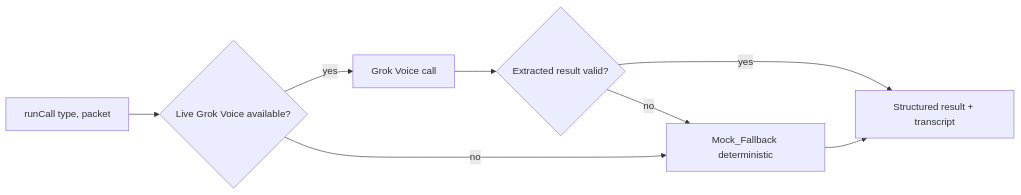
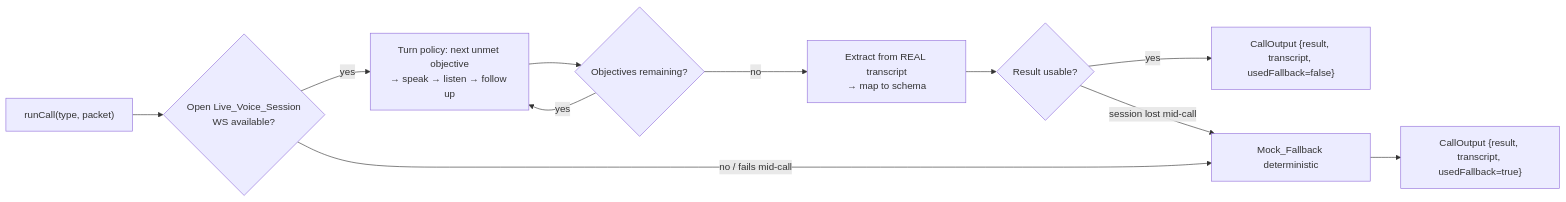
The fourth of 5 diagrams in .kiro/specs/fairy/design.md (Jiyungi/fairy), drawn with Mermaid before and after one commit. The commit also changed other lines of this file and 2 other files, not shown here.

Commit message:
docs(spec): live Grok Voice + reactive Inngest graph (approval gate, parallel steps, scheduled check-in, reactive summary)

````diff
--- a/.kiro/specs/fairy/design.md
+++ b/.kiro/specs/fairy/design.md
@@ -121,9 +214,13 @@
 ```mermaid
 graph LR
-    Call[runCall type, packet] --> Try{Live Grok Voice available?}
-    Try -- yes --> Live[Grok Voice call] --> Ok{Extracted result valid?}
-    Ok -- yes --> Result[Structured result + transcript]
-    Ok -- no --> MockFB
-    Try -- no --> MockFB[Mock_Fallback deterministic]
-    MockFB --> Result
+    Call["runCall(type, packet)"] --> Open{Open Live_Voice_Session\nWS available?}
+    Open -- yes --> Loop[Turn policy: next unmet objective\n→ speak → listen → follow up]
+    Loop --> More{Objectives remaining?}
+    More -- yes --> Loop
+    More -- no --> Parse[Extract from REAL transcript\n→ map to schema]
+    Parse --> Valid{Result usable?}
+    Valid -- yes --> Result["CallOutput {result, transcript, usedFallback=false}"]
+    Open -- no / fails mid-call --> MockFB
+    Valid -- session lost mid-call --> MockFB[Mock_Fallback deterministic]
+    MockFB --> ResultFB["CallOutput {result, transcript, usedFallback=true}"]
 ```
````
